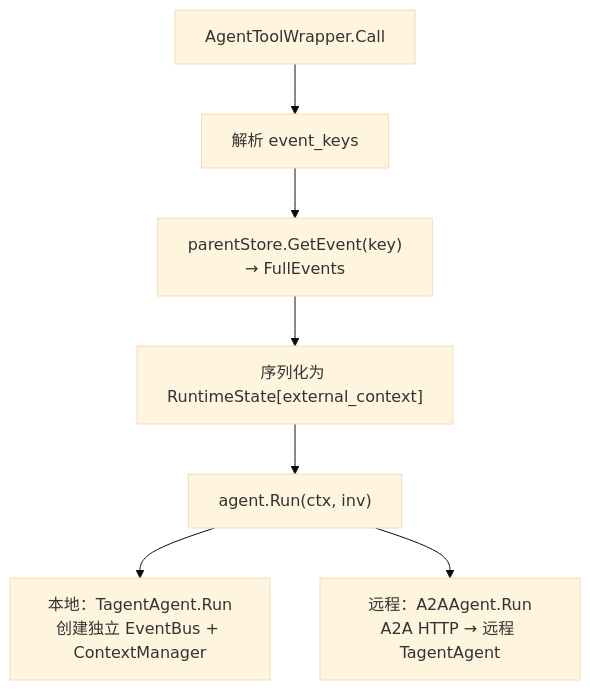
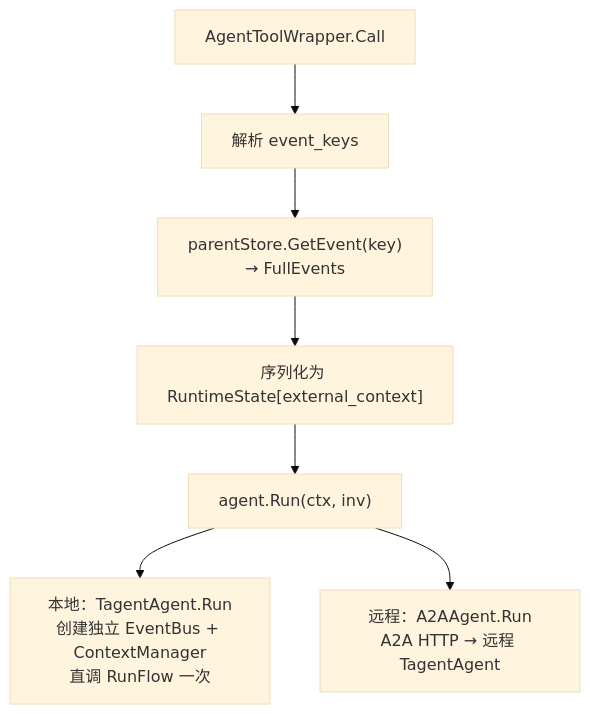
Before and after one commit to SpellingDragon/tagent: the sixth of 10 diagrams in README.md, drawn with Mermaid (base theme). The commit also changed other lines of this file and 45 other files, not shown here.

````diff
--- a/README.md
+++ b/README.md
@@ -240,9 +267,9 @@
 ```mermaid
 graph TD
     CALL["AgentToolWrapper.Call"] --> PARSE["解析 event_keys"]
     PARSE --> GET["parentStore.GetEvent(key)<br/>→ FullEvents"]
     GET --> SER["序列化为 RuntimeState[external_context]"]
     SER --> RUN["agent.Run(ctx, inv)"]
-    RUN --> LOCAL["本地：TagentAgent.Run<br/>创建独立 EventBus + ContextManager"]
+    RUN --> LOCAL["本地：TagentAgent.Run<br/>创建独立 EventBus + ContextManager<br/>直调 RunFlow 一次"]
     RUN --> REMOTE["远程：A2AAgent.Run<br/>A2A HTTP → 远程 TagentAgent"]
 ```
````
